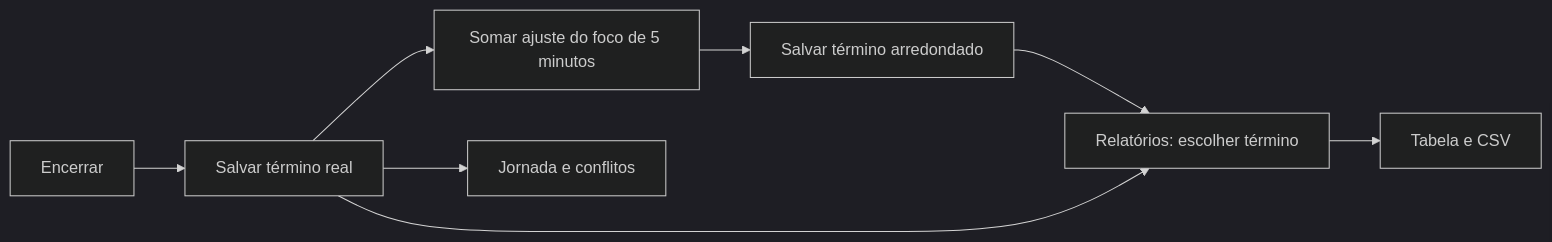
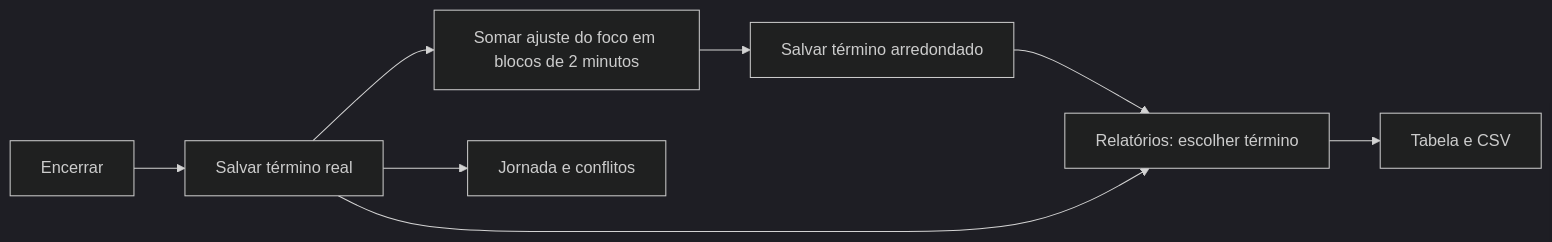
Before and after one commit to gmilanib/Foco: the second of 2 diagrams in Doc/Arquitetura.md, drawn with Mermaid (dark theme). The commit also changed other lines of this file and 92 other files, not shown here.

````diff
--- a/Doc/Arquitetura.md
+++ b/Doc/Arquitetura.md
@@ -111,10 +133,10 @@
 ```mermaid
 flowchart LR
     Encerrar --> Real[Salvar término real]
-    Real --> Ajuste[Somar ajuste do foco de 5 minutos]
+    Real --> Ajuste[Somar ajuste do foco em blocos de 2 minutos]
     Ajuste --> Arredondado[Salvar término arredondado]
     Real --> Jornada[Jornada e conflitos]
     Arredondado --> Escolha[Relatórios: escolher término]
     Real --> Escolha
     Escolha --> CSV[Tabela e CSV]
 ```
````
